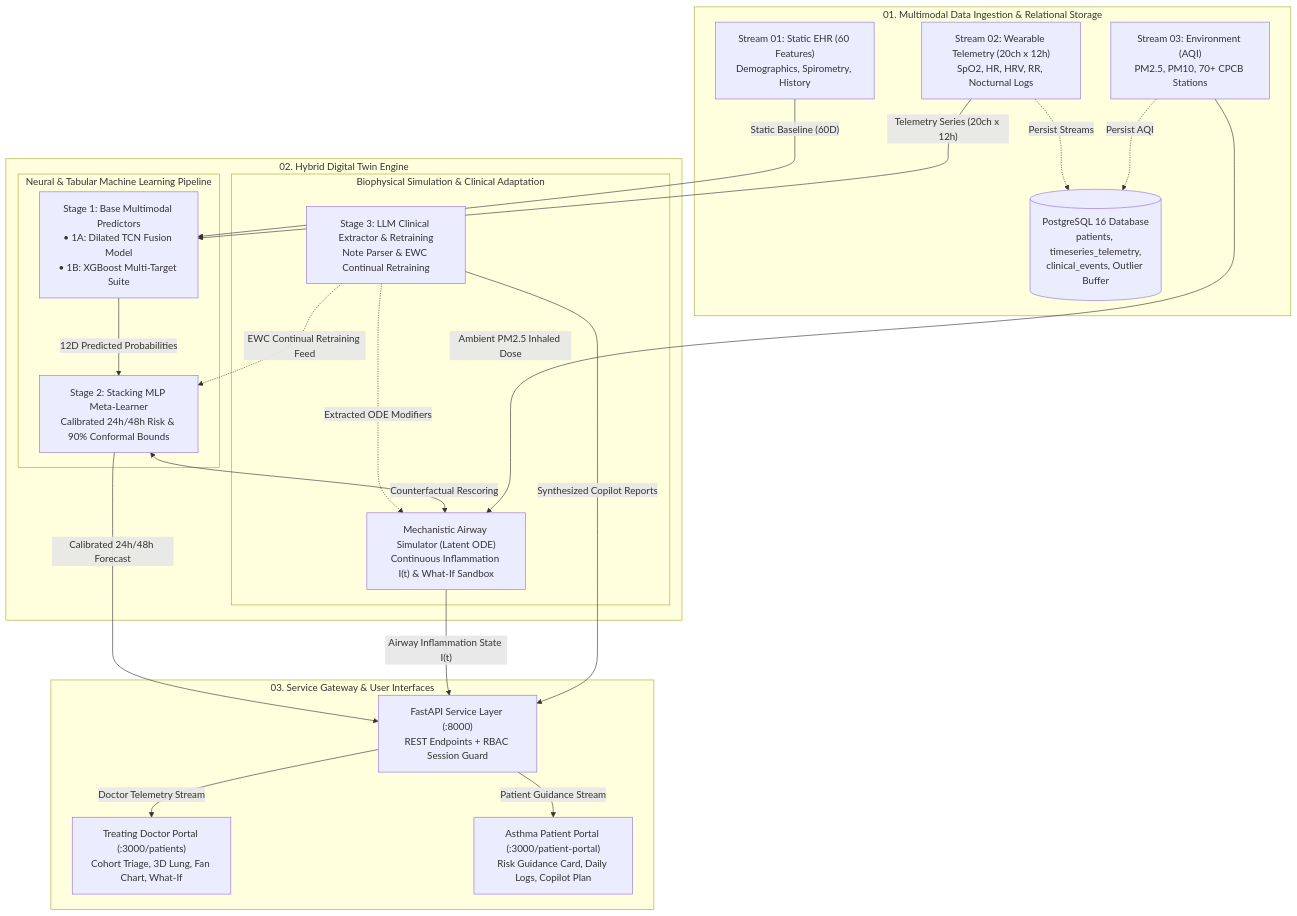
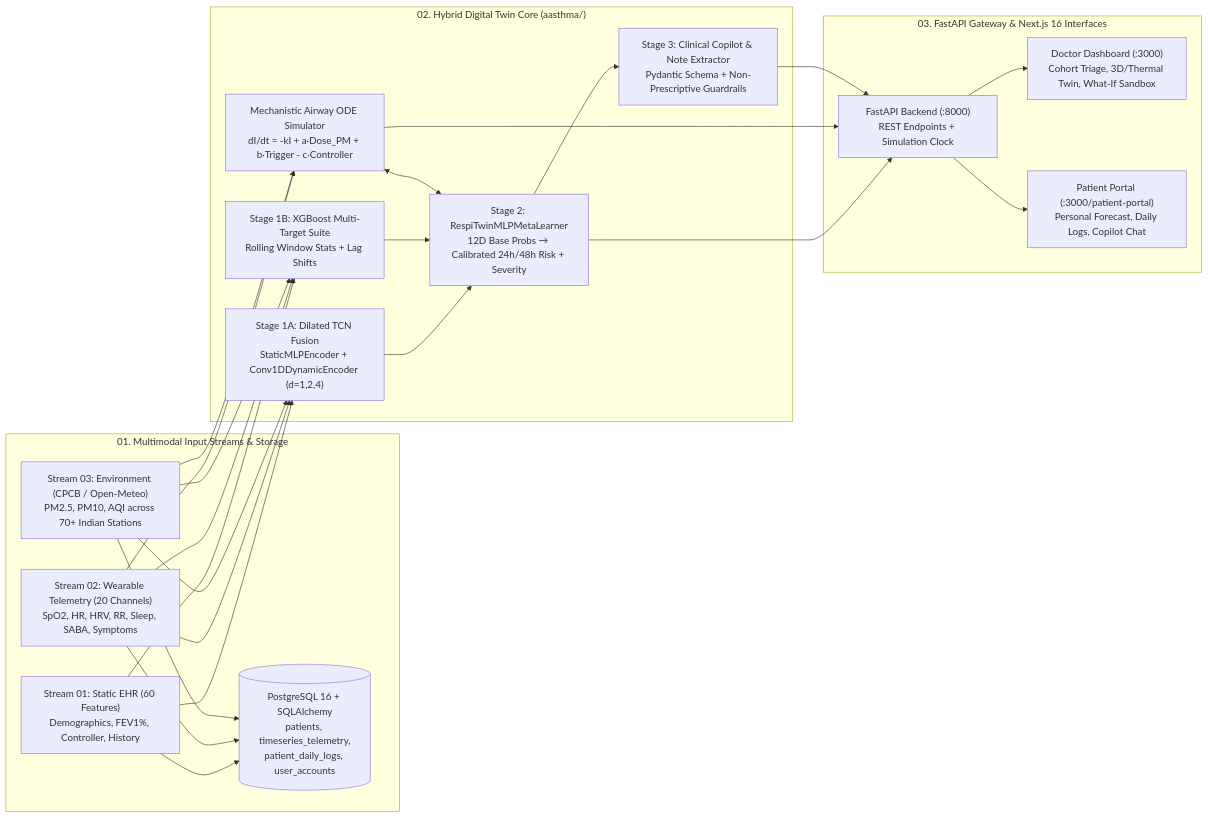
One commit to Frisbee148/BreatheTwin changed the diagram in README.md. Above: the diagram before and after it, drawn with Mermaid. The commit also changed other lines of this file and 2 other files, not shown here.

Commit message:
readme update

````diff
--- a/README.md
+++ b/README.md
@@ -297,46 +303,32 @@
 ```mermaid
-flowchart TD
-    subgraph P1["01. Multimodal Data Ingestion & Relational Storage"]
-        EHR["Stream 01: Static EHR (60 Features)<br/>Demographics, Spirometry, History"]
-        WEAR["Stream 02: Wearable Telemetry (20ch x 12h)<br/>SpO2, HR, HRV, RR, Nocturnal Logs"]
-        DB[("PostgreSQL 16 Database<br/>patients, timeseries_telemetry,<br/>clinical_events, Outlier Buffer")]
-        AQI["Stream 03: Environment (AQI)<br/>PM2.5, PM10, 70+ CPCB Stations"]
-        
-        WEAR -.->|"Persist Streams"| DB
-        AQI -.->|"Persist AQI"| DB
+flowchart LR
+    subgraph Streams["01. Multimodal Input Streams & Storage"]
+        EHR["Stream 01: Static EHR (60 Features)<br/>Demographics, FEV1%, Controller, History"]
+        WEAR["Stream 02: Wearable Telemetry (20 Channels)<br/>SpO2, HR, HRV, RR, Sleep, SABA, Symptoms"]
+        AQI["Stream 03: Environment (CPCB / Open-Meteo)<br/>PM2.5, PM10, AQI across 70+ Indian Stations"]
+        PG[("PostgreSQL 16 + SQLAlchemy<br/>patients, timeseries_telemetry,<br/>patient_daily_logs, user_accounts")]
     end
 
-    subgraph P2["02. Hybrid Digital Twin Engine"]
-        subgraph ML["Neural & Tabular Machine Learning Pipeline"]
-            S1["Stage 1: Base Multimodal Predictors<br/>• 1A: Dilated TCN Fusion Model<br/>• 1B: XGBoost Multi-Target Suite"]
-            META["Stage 2: Stacking MLP Meta-Learner<br/>Calibrated 24h/48h Risk & 90% Conformal Bounds"]
-            S1 -->|"12D Predicted Probabilities"| META
-        end
-
-        subgraph BIO["Biophysical Simulation & Clinical Adaptation"]
-            ODE["Mechanistic Airway Simulator (Latent ODE)<br/>Continuous Inflammation I(t) & What-If Sandbox"]
-            LLM["Stage 3: LLM Clinical Extractor & Retraining<br/>Note Parser & EWC Continual Retraining"]
-            LLM -.->|"Extracted ODE Modifiers"| ODE
-        end
-
-        META <-->|"Counterfactual Rescoring"| ODE
-        LLM -.->|"EWC Continual Retraining Feed"| META
+    subgraph Core["02. Hybrid Digital Twin Core (aasthma/)"]
+        ODE["Mechanistic Airway ODE Simulator<br/>dI/dt = -kI + a·Dose_PM + b·Trigger - c·Controller"]
+        TCN["Stage 1A: Dilated TCN Fusion<br/>StaticMLPEncoder + Conv1DDynamicEncoder (d=1,2,4)"]
+        XGB["Stage 1B: XGBoost Multi-Target Suite<br/>Rolling Window Stats + Lag Shifts"]
+        META["Stage 2: RespiTwinMLPMetaLearner<br/>12D Base Probs → Calibrated 24h/48h Risk + Severity"]
+        LLM["Stage 3: Clinical Copilot & Note Extractor<br/>Pydantic Schema + Non-Prescriptive Guardrails"]
     end
 
-    subgraph P3["03. Service Gateway & User Interfaces"]
-        API["FastAPI Service Layer (:8000)<br/>REST Endpoints + RBAC Session Guard"]
-        DOC["Treating Doctor Portal (:3000/patients)<br/>Cohort Triage, 3D Lung, Fan Chart, What-If"]
-        PAT["Asthma Patient Portal (:3000/patient-portal)<br/>Risk Guidance Card, Daily Logs, Copilot Plan"]
-        
-        API -->|"Doctor Telemetry Stream"| DOC
-        API -->|"Patient Guidance Stream"| PAT
+    subgraph UI["03. FastAPI Gateway & Next.js 16 Interfaces"]
+        API["FastAPI Backend (:8000)<br/>REST Endpoints + Simulation Clock"]
+        DOC["Doctor Dashboard (:3000)<br/>Cohort Triage, 3D/Thermal Twin, What-If Sandbox"]
+        PAT["Patient Portal (:3000/patient-portal)<br/>Personal Forecast, Daily Logs, Copilot Chat"]
     end
 
-    EHR -->|"Static Baseline (60D)"| S1
-    WEAR -->|"Telemetry Series (20ch x 12h)"| S1
-    AQI -->|"Ambient PM2.5 Inhaled Dose"| ODE
-
-    META -->|"Calibrated 24h/48h Forecast"| API
-    ODE -->|"Airway Inflammation State I(t)"| API
-    LLM -->|"Synthesized Copilot Reports"| API
+    EHR & WEAR & AQI --> PG
+    EHR & WEAR & AQI --> TCN & XGB
+    WEAR & AQI --> ODE
+    TCN & XGB --> META
+    ODE <--> META
+    META --> LLM
+    META & ODE & LLM --> API
+    API --> DOC & PAT
 ```
````
